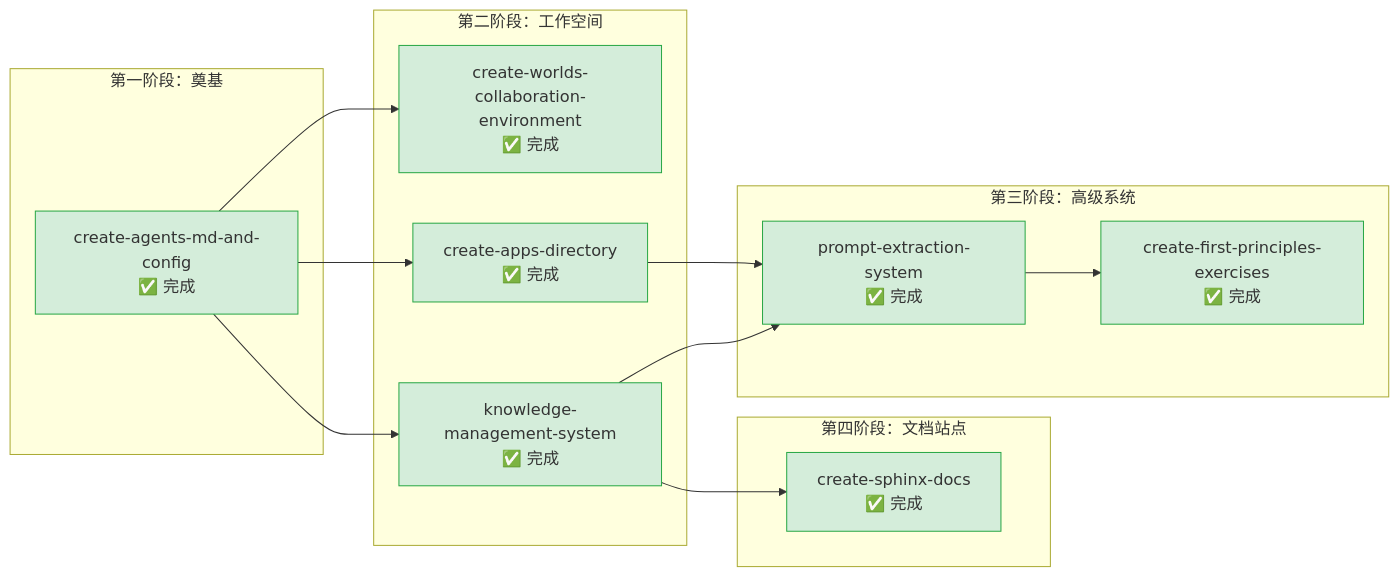
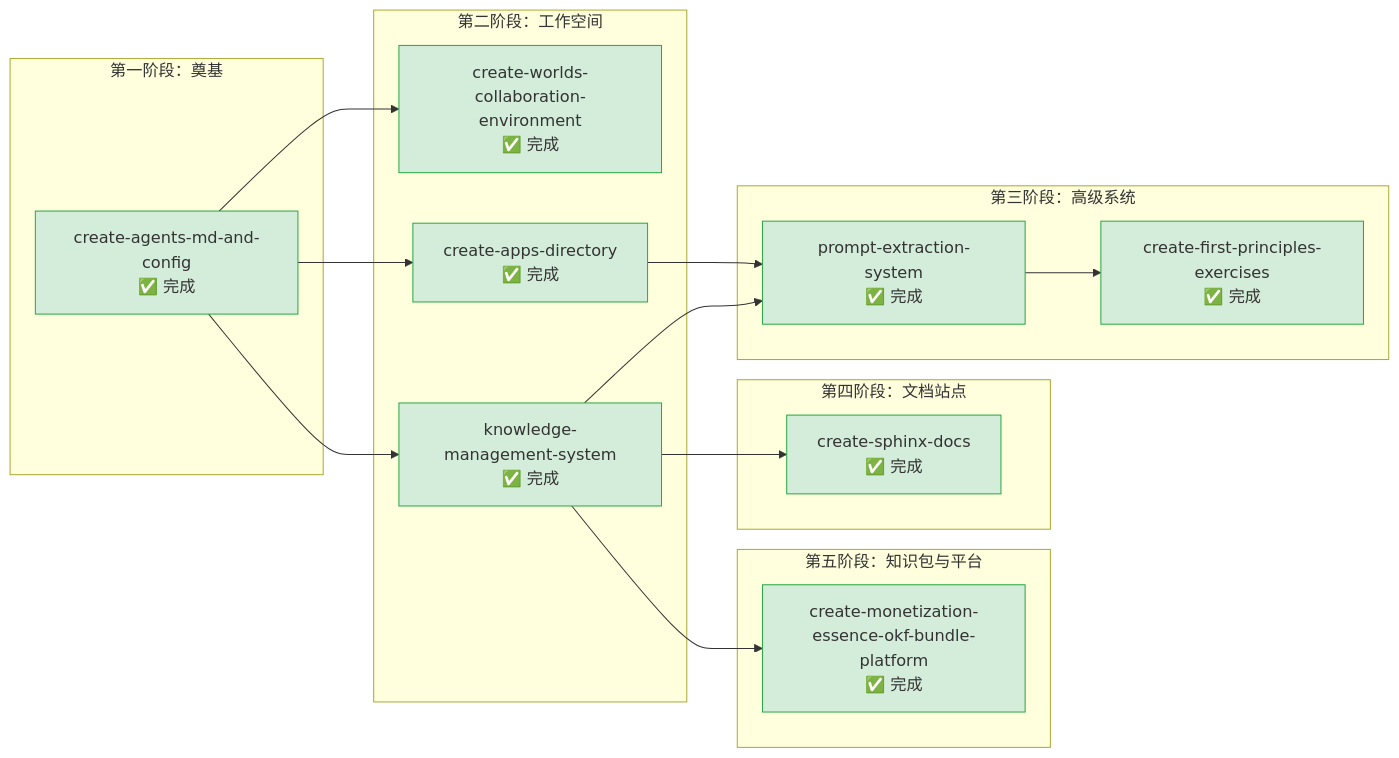
Before and after one commit to xinetzone/SpecWeave: the diagram in .trae/specs/core-foundation/README.md, drawn with Mermaid. The commit also changed other lines of this file and 4 other files, not shown here.

First line of the commit message:
docs(specs): 归档 create-monetization-essence-okf-bundle-platform 规范三件套并登记看板

````diff
--- a/.trae/specs/core-foundation/README.md
+++ b/.trae/specs/core-foundation/README.md
@@ -27,32 +28,37 @@
 ```mermaid
 flowchart LR
     subgraph S1 ["第一阶段：奠基"]
         CA["create-agents-md-and-config<br>✅ 完成"]
     end
     subgraph S2 ["第二阶段：工作空间"]
         CW["create-worlds-collaboration-environment<br>✅ 完成"]
         CAD["create-apps-directory<br>✅ 完成"]
         KMS["knowledge-management-system<br>✅ 完成"]
     end
     subgraph S3 ["第三阶段：高级系统"]
         PES["prompt-extraction-system<br>✅ 完成"]
         CFE["create-first-principles-exercises<br>✅ 完成"]
     end
     subgraph S4 ["第四阶段：文档站点"]
         CSD["create-sphinx-docs<br>✅ 完成"]
     end
+    subgraph S5 ["第五阶段：知识包与平台"]
+        ME["create-monetization-essence-okf-bundle-platform<br>✅ 完成"]
+    end
     CA --> CW
     CA --> CAD
     CA --> KMS
     CAD --> PES
     KMS --> PES
     PES --> CFE
     KMS --> CSD
+    KMS --> ME
     style CA fill:#d4edda,stroke:#28a745
     style CW fill:#d4edda,stroke:#28a745
     style CAD fill:#d4edda,stroke:#28a745
     style KMS fill:#d4edda,stroke:#28a745
     style PES fill:#d4edda,stroke:#28a745
     style CFE fill:#d4edda,stroke:#28a745
     style CSD fill:#d4edda,stroke:#28a745
+    style ME fill:#d4edda,stroke:#28a745
 ```
````
